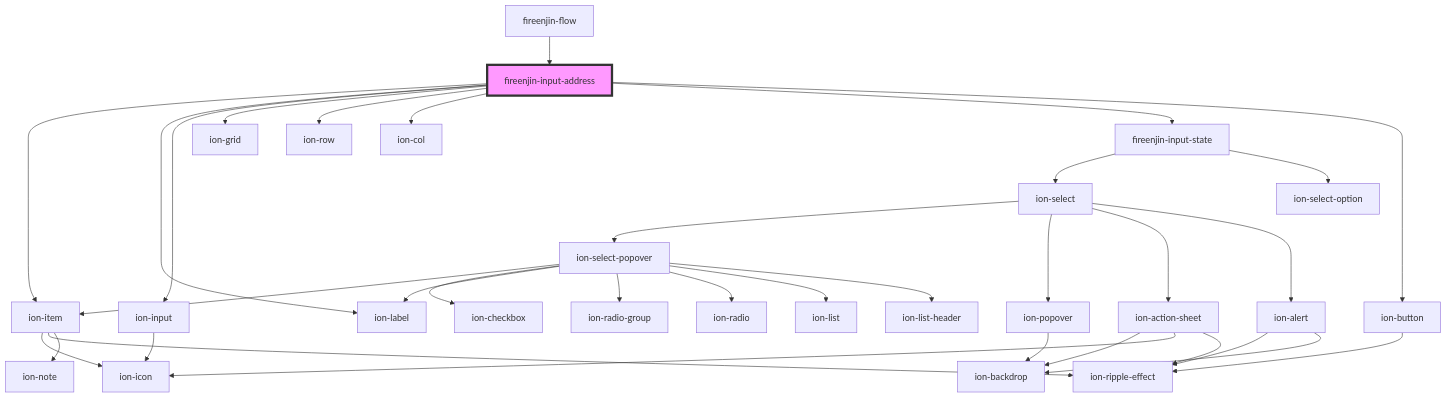
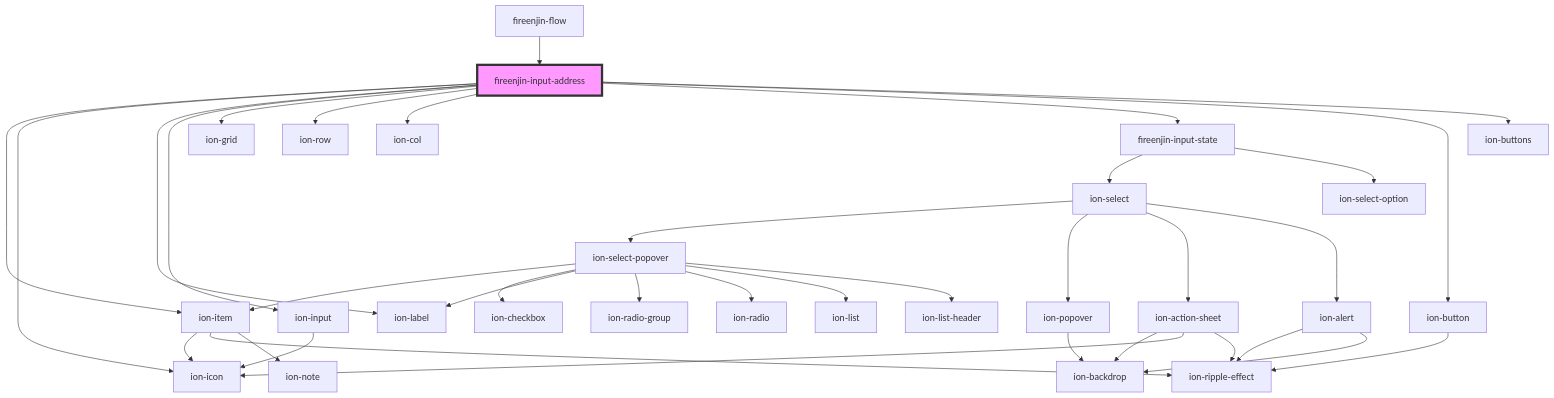
The diagram in src/components/input-address/readme.md (FireEnjin/Components), drawn with Mermaid before and after one commit. The commit also changed other lines of this file and 9 other files, not shown here.

Commit message:
fix(): Add icon left and right for input-address

````diff
--- a/src/components/input-address/readme.md
+++ b/src/components/input-address/readme.md
@@ -47,37 +51,39 @@
 ```mermaid
 graph TD;
   fireenjin-input-address --> ion-item
+  fireenjin-input-address --> ion-icon
   fireenjin-input-address --> ion-label
   fireenjin-input-address --> ion-input
   fireenjin-input-address --> ion-grid
   fireenjin-input-address --> ion-row
   fireenjin-input-address --> ion-col
   fireenjin-input-address --> fireenjin-input-state
   fireenjin-input-address --> ion-button
+  fireenjin-input-address --> ion-buttons
   ion-item --> ion-icon
   ion-item --> ion-ripple-effect
   ion-item --> ion-note
   ion-input --> ion-icon
   fireenjin-input-state --> ion-select
   fireenjin-input-state --> ion-select-option
   ion-select --> ion-select-popover
   ion-select --> ion-popover
   ion-select --> ion-action-sheet
   ion-select --> ion-alert
   ion-select-popover --> ion-item
   ion-select-popover --> ion-checkbox
   ion-select-popover --> ion-label
   ion-select-popover --> ion-radio-group
   ion-select-popover --> ion-radio
   ion-select-popover --> ion-list
   ion-select-popover --> ion-list-header
   ion-popover --> ion-backdrop
   ion-action-sheet --> ion-backdrop
   ion-action-sheet --> ion-icon
   ion-action-sheet --> ion-ripple-effect
   ion-alert --> ion-ripple-effect
   ion-alert --> ion-backdrop
   ion-button --> ion-ripple-effect
   fireenjin-flow --> fireenjin-input-address
   style fireenjin-input-address fill:#f9f,stroke:#333,stroke-width:4px
 ```
````
